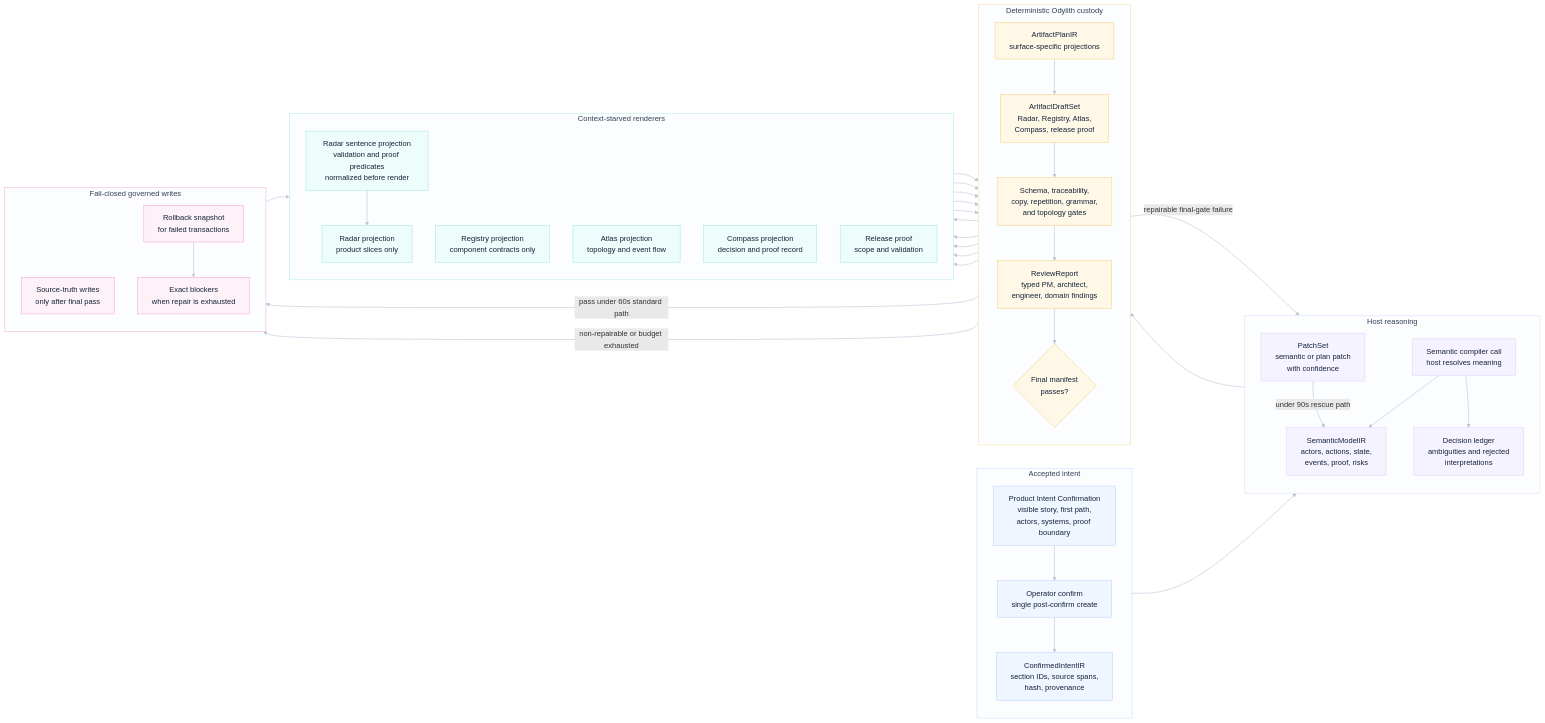
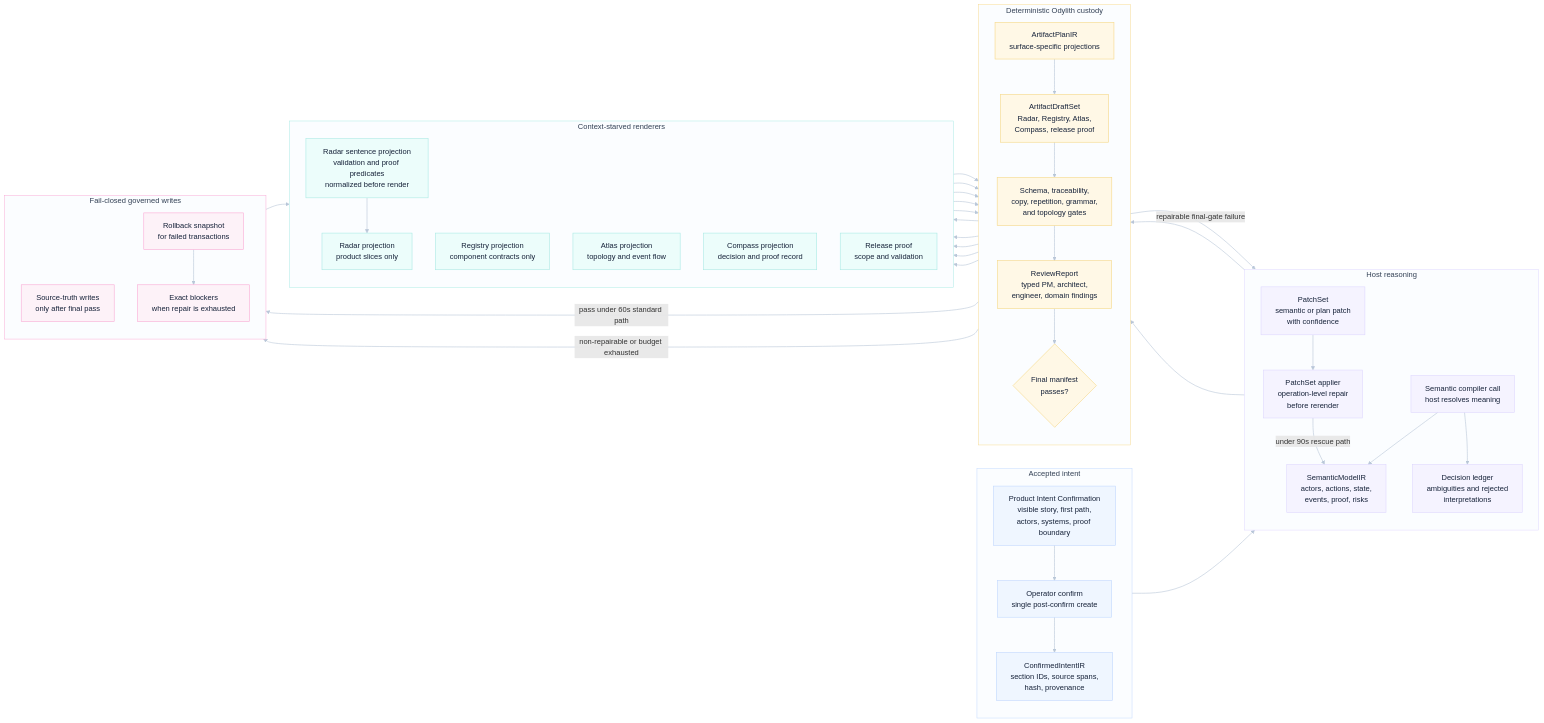
The diagram in odylith/atlas/source/domain-intelligence-greenfield-governance.mmd (odylith/odylith), drawn with Mermaid before and after one commit. The commit also changed 44 other files, not shown here.

Commit message:
Apply greenfield PatchSet repair seam

```diff
--- a/odylith/atlas/source/domain-intelligence-greenfield-governance.mmd
+++ b/odylith/atlas/source/domain-intelligence-greenfield-governance.mmd
@@ -1,80 +1,83 @@
 flowchart LR
     subgraph confirmation_lane["Accepted intent"]
       direction TB
       visible_intent["Product Intent Confirmation<br/>visible story, first path,<br/>actors, systems, proof boundary"]
       confirm["Operator confirm<br/>single post-confirm create"]
       confirmed_ir["ConfirmedIntentIR<br/>section IDs, source spans,<br/>hash, provenance"]
     end
 
     subgraph reasoning_lane["Host reasoning"]
       direction TB
       semantic_compile["Semantic compiler call<br/>host resolves meaning"]
       semantic_ir["SemanticModelIR<br/>actors, actions, state,<br/>events, proof, risks"]
       decision_ledger["Decision ledger<br/>ambiguities and rejected<br/>interpretations"]
       patchset["PatchSet<br/>semantic or plan patch<br/>with confidence"]
+      patch_apply["PatchSet applier<br/>operation-level repair<br/>before rerender"]
     end
 
     subgraph custody_lane["Deterministic Odylith custody"]
       direction TB
       plan_ir["ArtifactPlanIR<br/>surface-specific projections"]
       draft_set["ArtifactDraftSet<br/>Radar, Registry, Atlas,<br/>Compass, release proof"]
       validators["Schema, traceability,<br/>copy, repetition, grammar,<br/>and topology gates"]
       review_report["ReviewReport<br/>typed PM, architect,<br/>engineer, domain findings"]
       transaction{"Final manifest<br/>passes?"}
     end
 
     subgraph projection_lane["Context-starved renderers"]
       direction TB
       radar_sentence["Radar sentence projection<br/>validation and proof predicates<br/>normalized before render"]
       radar["Radar projection<br/>product slices only"]
       registry["Registry projection<br/>component contracts only"]
       atlas["Atlas projection<br/>topology and event flow"]
       compass["Compass projection<br/>decision and proof record"]
       release["Release proof<br/>scope and validation"]
     end
 
     subgraph write_lane["Fail-closed governed writes"]
       direction TB
       writes["Source-truth writes<br/>only after final pass"]
       rollback["Rollback snapshot<br/>for failed transactions"]
       blockers["Exact blockers<br/>when repair is exhausted"]
     end
 
     visible_intent --> confirm --> confirmed_ir
     confirmed_ir --> semantic_compile --> semantic_ir
     semantic_compile --> decision_ledger
     semantic_ir --> plan_ir --> draft_set
     plan_ir --> radar_sentence --> radar
     plan_ir --> registry
     plan_ir --> atlas
     plan_ir --> compass
     plan_ir --> release
     radar --> draft_set
     registry --> draft_set
     atlas --> draft_set
     compass --> draft_set
     release --> draft_set
     draft_set --> validators --> review_report --> transaction
     transaction -- "pass under 60s standard path" --> writes
     transaction -- "repairable final-gate failure" --> patchset
-    patchset -- "under 90s rescue path" --> semantic_ir
+    patchset --> patch_apply
+    patch_apply -- "under 90s rescue path" --> semantic_ir
+    patch_apply --> plan_ir
     transaction -- "non-repairable or budget exhausted" --> rollback --> blockers
     writes --> compass
 
     classDef intent fill:#EFF6FF,stroke:#BFD7FE,color:#17233A,stroke-width:1.2px;
     classDef reasoning fill:#F5F3FF,stroke:#DDD6FE,color:#17233A,stroke-width:1.2px;
     classDef custody fill:#FFF8E6,stroke:#F6D98B,color:#17233A,stroke-width:1.3px;
     classDef projection fill:#ECFDFB,stroke:#A7E9E3,color:#17233A,stroke-width:1.2px;
     classDef write fill:#FDF2F8,stroke:#F9A8D4,color:#17233A,stroke-width:1.2px;
     class visible_intent,confirm,confirmed_ir intent;
-    class semantic_compile,semantic_ir,decision_ledger,patchset reasoning;
+    class semantic_compile,semantic_ir,decision_ledger,patchset,patch_apply reasoning;
     class plan_ir,draft_set,validators,review_report,transaction custody;
     class radar_sentence,radar,registry,atlas,compass,release projection;
     class writes,rollback,blockers write;
 
     style confirmation_lane fill:#FBFDFF,stroke:#BFD7FE,stroke-width:1px,color:#334155
     style reasoning_lane fill:#FBFDFF,stroke:#DDD6FE,stroke-width:1px,color:#334155
     style custody_lane fill:#FBFDFF,stroke:#F6D98B,stroke-width:1px,color:#334155
     style projection_lane fill:#FBFDFF,stroke:#A7E9E3,stroke-width:1px,color:#334155
     style write_lane fill:#FBFDFF,stroke:#F9A8D4,stroke-width:1px,color:#334155
     linkStyle default stroke:#B9C7D8,stroke-width:1.25px
```
